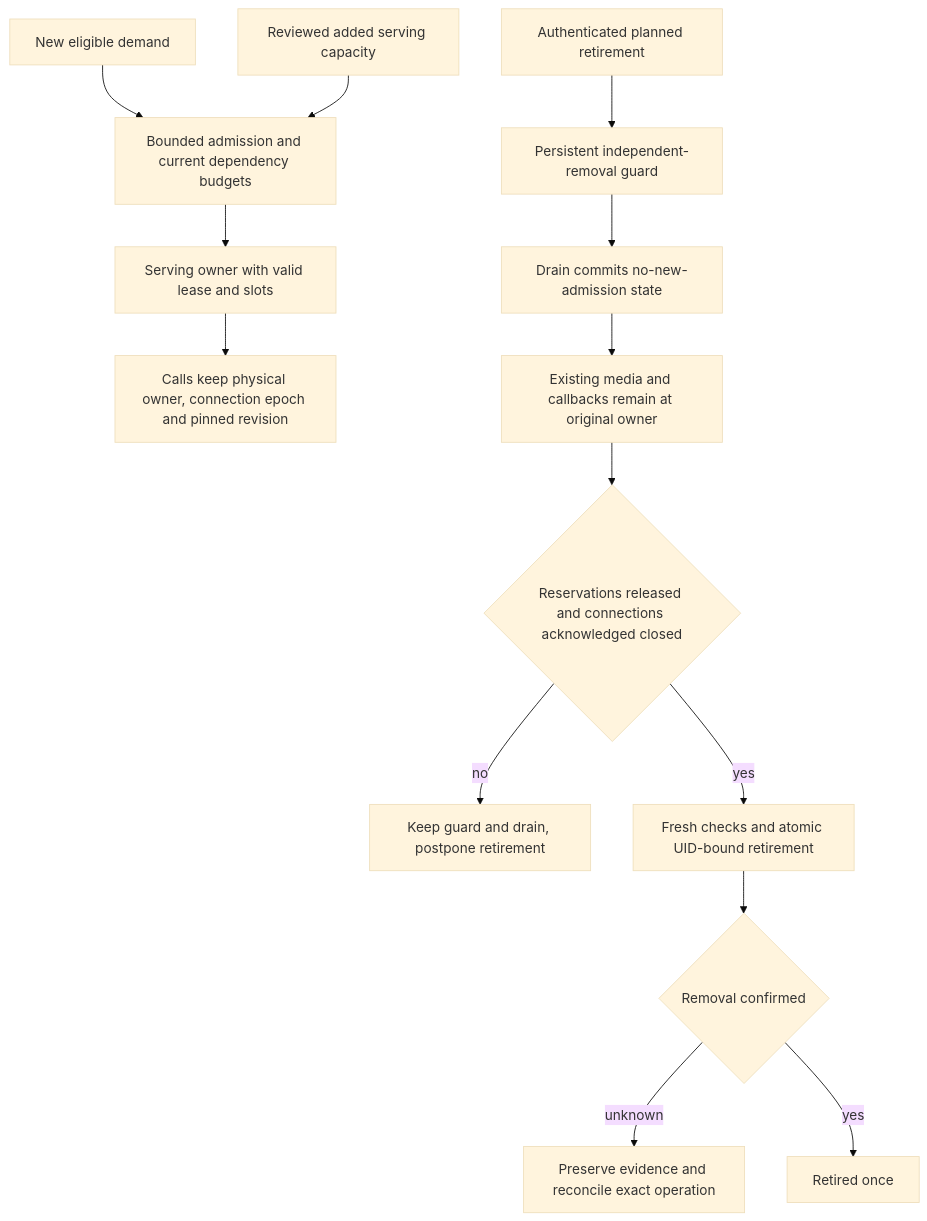
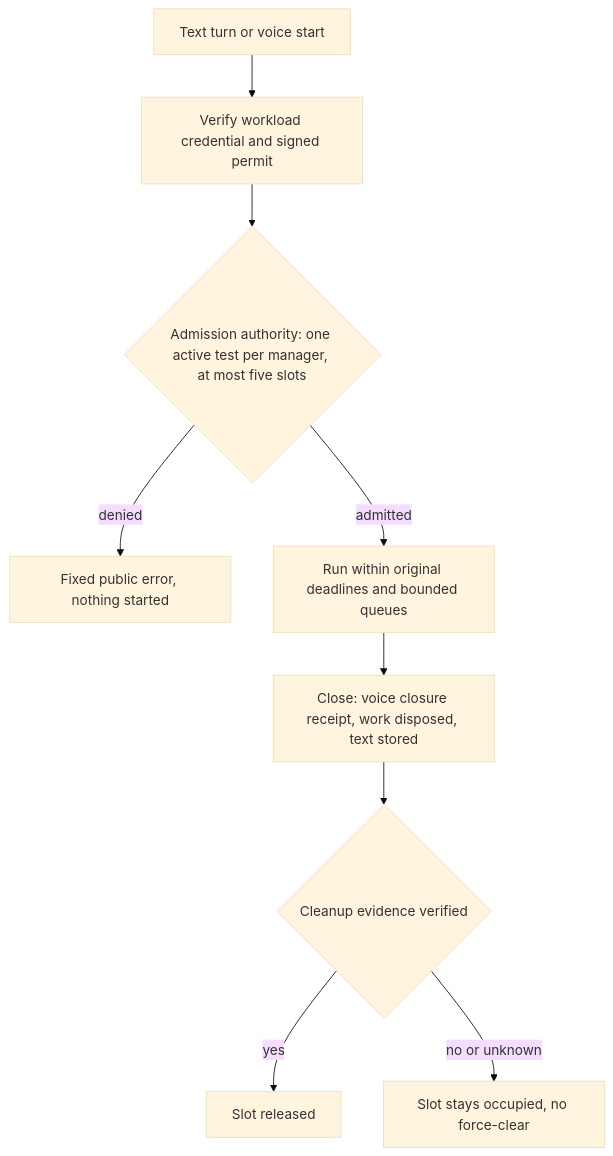
One commit to marvinbuss/caller-ai changed the diagram in docs/runbooks/scaling.md. Above: the diagram before and after it, drawn with Mermaid (base theme). The commit also changed other lines of this file and 236 other files, not shown here.

Commit message:
feat: simplify codebase around text and voice conversation endpoints

````diff
--- a/docs/runbooks/scaling.md
+++ b/docs/runbooks/scaling.md
@@ -17,16 +13,11 @@
 ```mermaid
 flowchart TD
-    Demand[New eligible demand] --> Admission[Bounded admission and current dependency budgets]
-    Admission --> Serving[Serving owner with valid lease and slots]
-    Serving --> Calls[Calls keep physical owner, connection epoch and pinned revision]
-    New[Reviewed added serving capacity] --> Admission
-    Operator[Authenticated planned retirement] --> Fence[Persistent independent-removal guard]
-    Fence --> Drain[Drain commits no-new-admission state]
-    Drain --> Existing[Existing media and callbacks remain at original owner]
-    Existing --> Completion{Reservations released and connections acknowledged closed}
-    Completion -->|no| Postpone[Keep guard and drain, postpone retirement]
-    Completion -->|yes| Retire[Fresh checks and atomic UID-bound retirement]
-    Retire --> Outcome{Removal confirmed}
-    Outcome -->|unknown| Reconcile[Preserve evidence and reconcile exact operation]
-    Outcome -->|yes| Done[Retired once]
+    Request[Text turn or voice start] --> Verify[Verify workload credential and signed permit]
+    Verify --> Admit{Admission authority: one active test per manager, at most five slots}
+    Admit -->|denied| Refuse[Fixed public error, nothing started]
+    Admit -->|admitted| Run[Run within original deadlines and bounded queues]
+    Run --> Close[Close: voice closure receipt, work disposed, text stored]
+    Close --> Verify2{Cleanup evidence verified}
+    Verify2 -->|yes| Release[Slot released]
+    Verify2 -->|no or unknown| Hold[Slot stays occupied, no force-clear]
 ```
````
